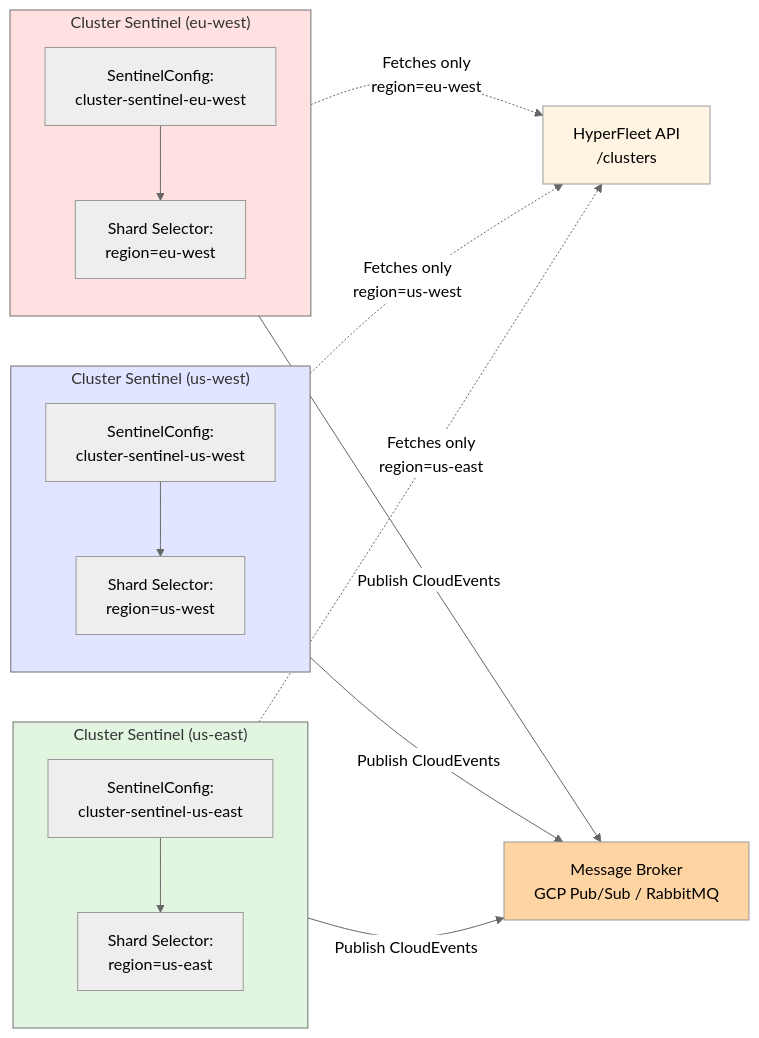
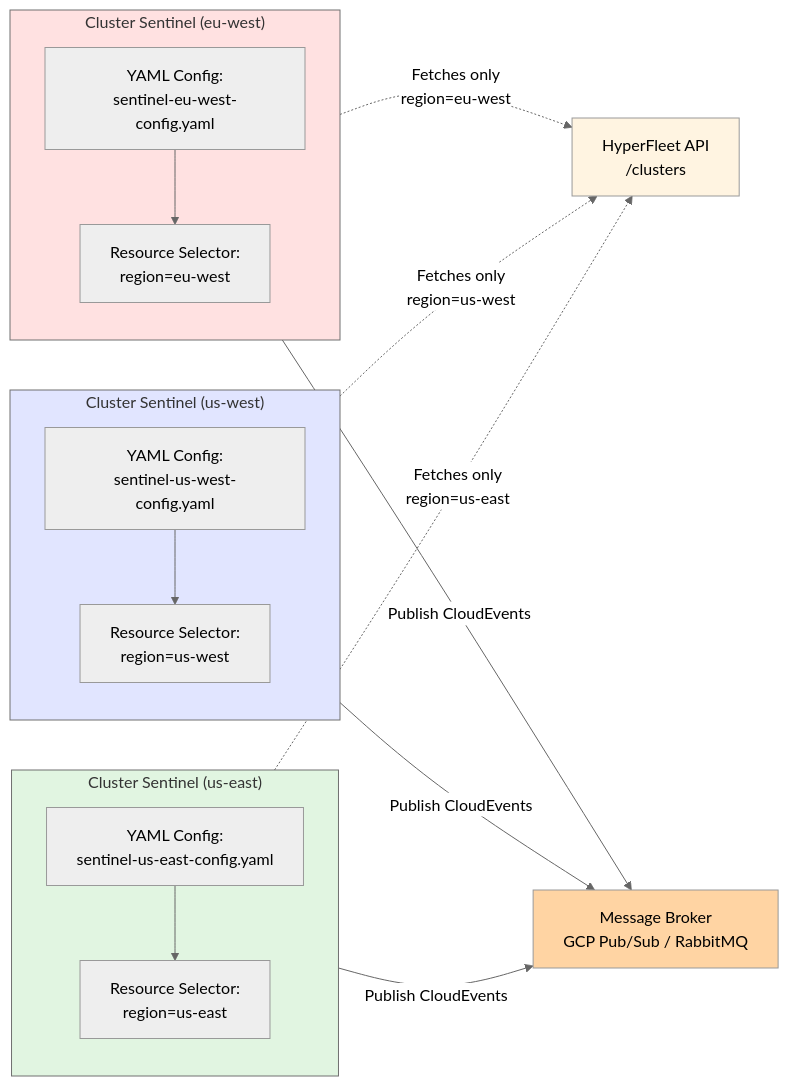
One commit to rafabene/hyperfleet-architecture changed the second of 2 diagrams in hyperfleet/components/sentinel/sentinel.md. Above: the diagram before and after it, drawn with Mermaid (neutral theme). The commit also changed other lines of this file and 5 other files, not shown here.

First line of the commit message:
feat: replace CRDs with simple YAML configuration for Sentinel

````diff
--- a/hyperfleet/components/sentinel/sentinel.md
+++ b/hyperfleet/components/sentinel/sentinel.md
@@ -104,40 +116,40 @@
 ```mermaid
 graph LR
     subgraph US-East["Cluster Sentinel (us-east)"]
         direction TB
-        Config1[SentinelConfig:<br/>cluster-sentinel-us-east]
-        Shard1[Shard Selector:<br/>region=us-east]
-        Config1 --> Shard1
+        Config1[YAML Config:<br/>sentinel-us-east-config.yaml]
+        Selector1[Resource Selector:<br/>region=us-east]
+        Config1 --> Selector1
     end
 
     subgraph US-West["Cluster Sentinel (us-west)"]
         direction TB
-        Config2[SentinelConfig:<br/>cluster-sentinel-us-west]
-        Shard2[Shard Selector:<br/>region=us-west]
-        Config2 --> Shard2
+        Config2[YAML Config:<br/>sentinel-us-west-config.yaml]
+        Selector2[Resource Selector:<br/>region=us-west]
+        Config2 --> Selector2
     end
 
     subgraph EU-West["Cluster Sentinel (eu-west)"]
         direction TB
-        Config3[SentinelConfig:<br/>cluster-sentinel-eu-west]
-        Shard3[Shard Selector:<br/>region=eu-west]
-        Config3 --> Shard3
+        Config3[YAML Config:<br/>sentinel-eu-west-config.yaml]
+        Selector3[Resource Selector:<br/>region=eu-west]
+        Config3 --> Selector3
     end
 
     API[HyperFleet API<br/>/clusters]
     Broker[Message Broker<br/>GCP Pub/Sub / RabbitMQ]
 
-    Shard1 -.->|Fetches only<br/>region=us-east| API
-    Shard2 -.->|Fetches only<br/>region=us-west| API
-    Shard3 -.->|Fetches only<br/>region=eu-west| API
+    Selector1 -.->|Fetches only<br/>region=us-east| API
+    Selector2 -.->|Fetches only<br/>region=us-west| API
+    Selector3 -.->|Fetches only<br/>region=eu-west| API
 
-    Shard1 -->|Publish CloudEvents| Broker
-    Shard2 -->|Publish CloudEvents| Broker
-    Shard3 -->|Publish CloudEvents| Broker
+    Selector1 -->|Publish CloudEvents| Broker
+    Selector2 -->|Publish CloudEvents| Broker
+    Selector3 -->|Publish CloudEvents| Broker
 
     style US-East fill:#e1f5e1
     style US-West fill:#e1e5ff
     style EU-West fill:#ffe1e1
     style API fill:#fff4e1
     style Broker fill:#ffd4a3
 ```
````
